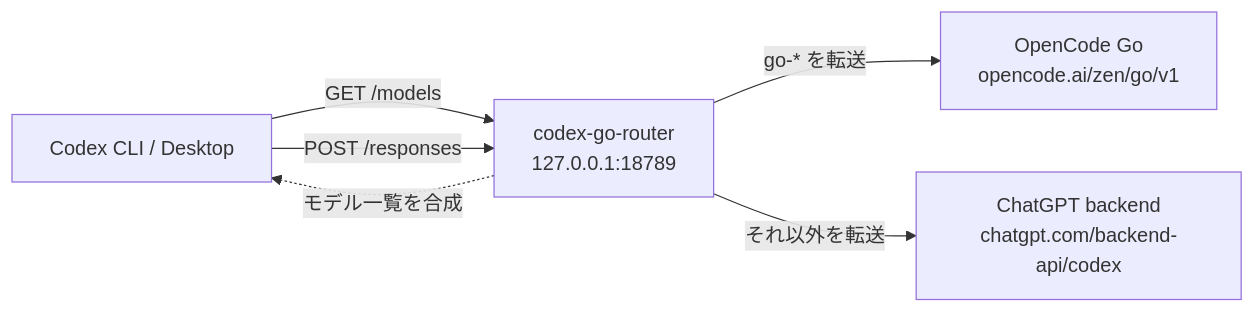
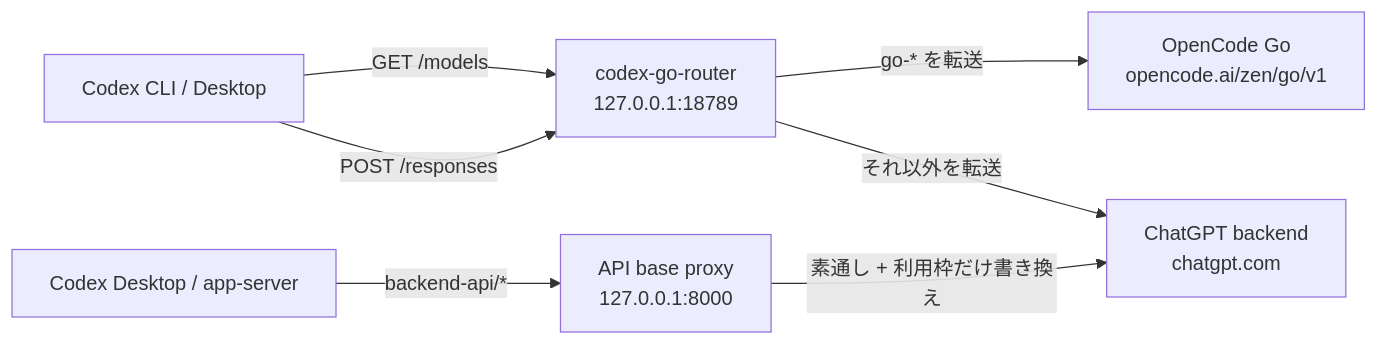
The diagram in README.md (mattyatea/codex-opencode-router), drawn with Mermaid before and after one commit. The commit also changed other lines of this file and 5 other files, not shown here.

First line of the commit message:
feat: ChatGPT API base の中継と利用枠レスポンスの書き換えを追加

````diff
--- a/README.md
+++ b/README.md
@@ -10,8 +11,9 @@
 ```mermaid
 flowchart LR
   Codex[Codex CLI / Desktop] -->|"GET /models"| Router[codex-go-router<br/>127.0.0.1:18789]
   Codex -->|"POST /responses"| Router
+  Desktop[Codex Desktop / app-server] -->|"backend-api/*"| Api[API base proxy<br/>127.0.0.1:8000]
   Router -->|"go-* を転送"| Go[OpenCode Go<br/>opencode.ai/zen/go/v1]
-  Router -->|"それ以外を転送"| ChatGPT[ChatGPT backend<br/>chatgpt.com/backend-api/codex]
-  Router -.->|"モデル一覧を合成"| Codex
+  Router -->|"それ以外を転送"| ChatGPT[ChatGPT backend<br/>chatgpt.com]
+  Api -->|"素通し + 利用枠だけ書き換え"| ChatGPT
 ```
````
